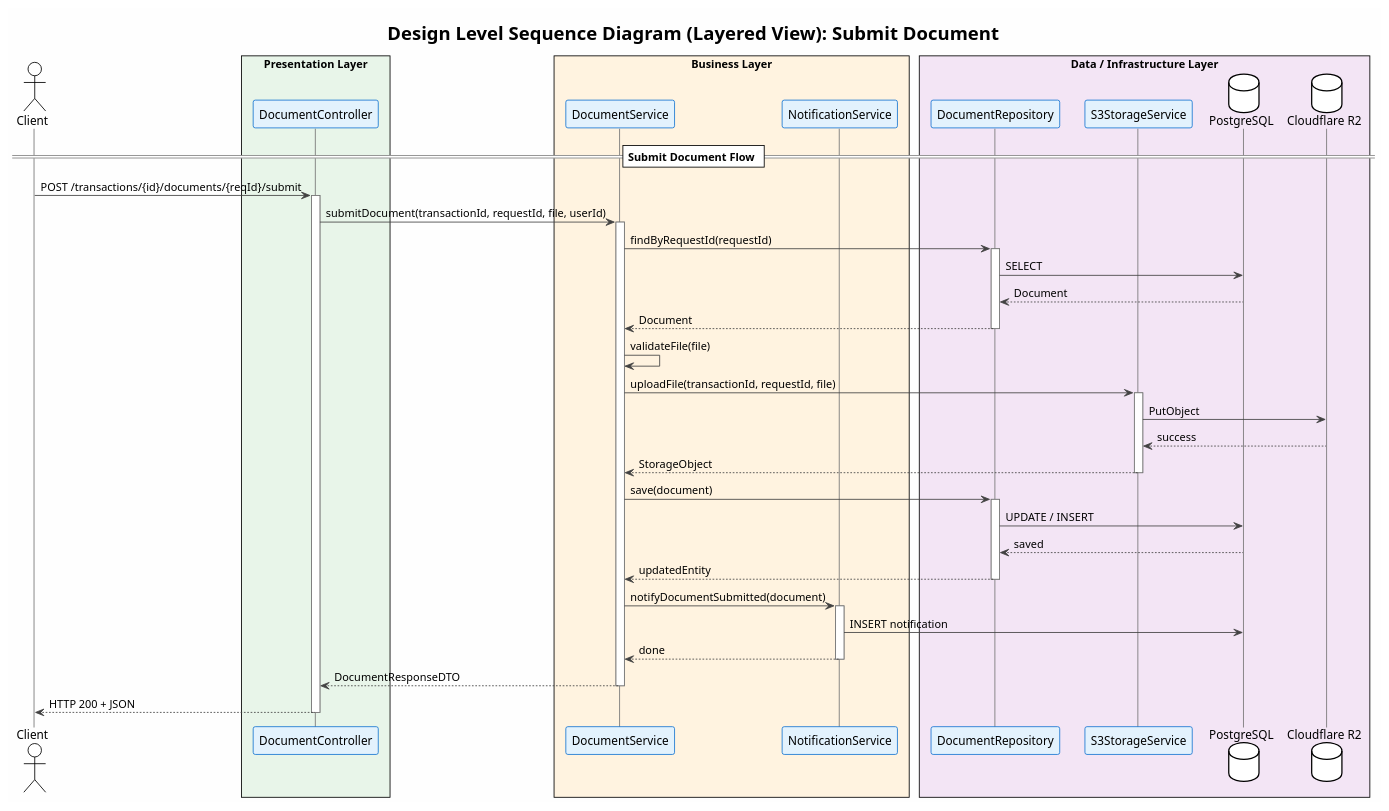
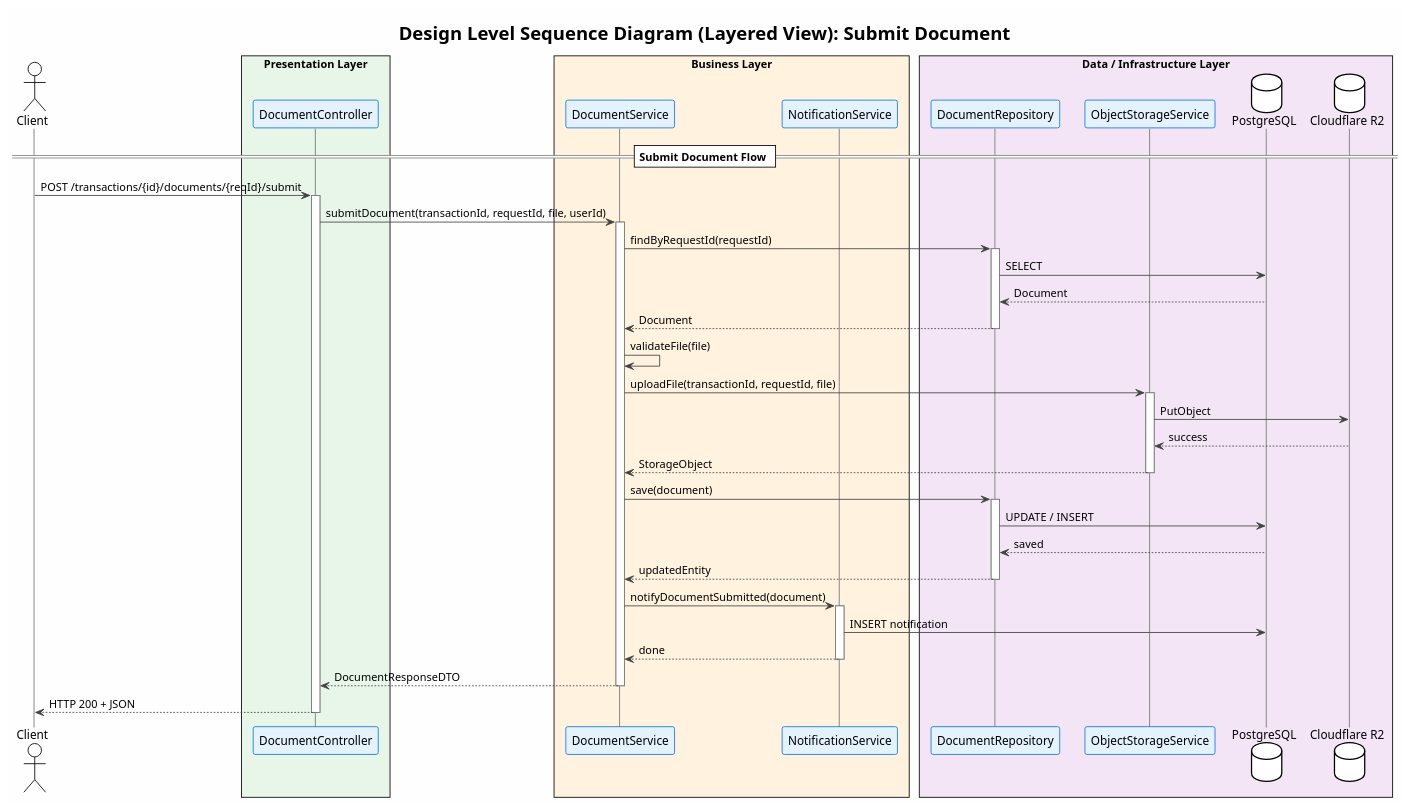
One commit to CourtierPro/CourtierPro changed the diagram in docs/PersonalUseCase/Shawn/ManageTransactionDocuments/Artifacts/DesignLevelSequenceDiagramV2.puml. Above: the diagram before and after it, drawn with PlantUML. The commit also changed 23 other files, not shown here.

Commit message:
Rename S3StorageService to ObjectStorageService

```diff
--- a/docs/PersonalUseCase/Shawn/ManageTransactionDocuments/Artifacts/DesignLevelSequenceDiagramV2.puml
+++ b/docs/PersonalUseCase/Shawn/ManageTransactionDocuments/Artifacts/DesignLevelSequenceDiagramV2.puml
@@ -1,69 +1,69 @@
 @startuml DesignLevelSequenceDiagramV2
 !theme plain
 skinparam backgroundColor #FEFEFE
 skinparam ParticipantBackgroundColor #E3F2FD
 skinparam ParticipantBorderColor #1976D2
 skinparam SequenceLifeLineBorderColor #757575
 skinparam ArrowColor #424242
 
 title Design Level Sequence Diagram (Layered View): Submit Document
 
 actor "Client" as Client
 box "Presentation Layer" #E8F5E9
   participant "DocumentController" as Controller
 end box
 box "Business Layer" #FFF3E0
   participant "DocumentService" as Service
   participant "NotificationService" as Notif
 end box
 box "Data / Infrastructure Layer" #F3E5F5
   participant "DocumentRepository" as DocRepo
-  participant "S3StorageService" as Storage
+  participant "ObjectStorageService" as Storage
   database "PostgreSQL" as DB
   database "Cloudflare R2" as R2
 end box
 
 == Submit Document Flow ==
 
 Client -> Controller: POST /transactions/{id}/documents/{reqId}/submit
 activate Controller
 
 Controller -> Service: submitDocument(transactionId, requestId, file, userId)
 activate Service
 
 Service -> DocRepo: findByRequestId(requestId)
 activate DocRepo
 DocRepo -> DB: SELECT
 DB --> DocRepo: Document
 DocRepo --> Service: Document
 deactivate DocRepo
 
 Service -> Service: validateFile(file)
 
 Service -> Storage: uploadFile(transactionId, requestId, file)
 activate Storage
 Storage -> R2: PutObject
 R2 --> Storage: success
 Storage --> Service: StorageObject
 deactivate Storage
 
 Service -> DocRepo: save(document)
 activate DocRepo
 DocRepo -> DB: UPDATE / INSERT
 DB --> DocRepo: saved
 DocRepo --> Service: updatedEntity
 deactivate DocRepo
 
 Service -> Notif: notifyDocumentSubmitted(document)
 activate Notif
 Notif -> DB: INSERT notification
 Notif --> Service: done
 deactivate Notif
 
 Service --> Controller: DocumentResponseDTO
 deactivate Service
 
 Controller --> Client: HTTP 200 + JSON
 deactivate Controller
 
 @enduml
```
